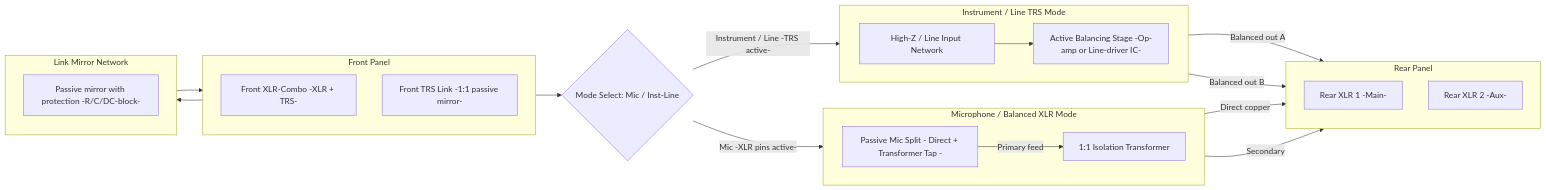
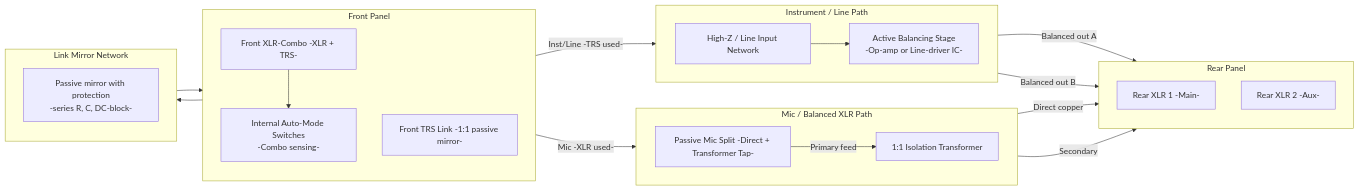
The diagram in Balancer_v2.md (MarcoRavich/RecRack), drawn with Mermaid before and after one commit. The commit also changed other lines of this file, not shown here.

````diff
--- a/Balancer_v2.md
+++ b/Balancer_v2.md
@@ -133,48 +133,48 @@
 ```mermaid
 flowchart LR
 
-    subgraph FRONT_PANEL[Front Panel]
+    subgraph FRONT_PANEL [Front Panel]
         direction TB
         CMB[Front XLR-Combo -XLR + TRS-]
+        AUTO[Internal Auto-Mode Switches<br/>-Combo sensing-]
         LNK[Front TRS Link -1:1 passive mirror-]
     end
 
-    subgraph REAR_PANEL[Rear Panel]
+    subgraph REAR_PANEL [Rear Panel]
         direction TB
         X1[Rear XLR 1 -Main-]
         X2[Rear XLR 2 -Aux-]
     end
 
-MODE{Mode Select: Mic / Inst-Line}
-
-    subgraph MIC_MODE[Microphone / Balanced XLR Mode]
+    subgraph MIC_MODE [Mic / Balanced XLR Path]
         direction LR
-        MIC_SPLIT[Passive Mic Split - Direct + Transformer Tap -]
+        MIC_SPLIT[Passive Mic Split -Direct + Transformer Tap-]
         XFM[1:1 Isolation Transformer]
     end
 
-    subgraph INST_MODE[Instrument / Line TRS Mode]
+    subgraph INST_MODE [Instrument / Line Path]
         direction LR
         HIZ[High-Z / Line Input Network]
-        BAL[Active Balancing Stage -Op-amp or Line-driver IC-]
+        BAL[Active Balancing Stage<br/>-Op-amp or Line-driver IC-]
     end
 
-    subgraph LINK_NET[Link Mirror Network]
+    subgraph LINK_NET [Link Mirror Network]
         direction TB
-        L_PROT[Passive mirror with protection -R/C/DC-block-]
+        L_PROT[Passive mirror with protection<br/>-series R, C, DC-block-]
     end
 
-    CMB --> MODE
+    CMB --> AUTO
     CMB --> LINK_NET
     LINK_NET --> LNK
 
-    MODE -->|Mic -XLR pins active-| MIC_SPLIT
+    AUTO -->|Mic -XLR used-| MIC_SPLIT
+    AUTO -->|Inst/Line -TRS used-| HIZ
+
     MIC_SPLIT -->|Direct copper| X1
     MIC_SPLIT -->|Primary feed| XFM
     XFM -->|Secondary| X2
 
-    MODE -->|Instrument / Line -TRS active-| HIZ
     HIZ --> BAL
     BAL -->|Balanced out A| X1
-    BAL -->|Balanced out B| X2  
+    BAL -->|Balanced out B| X2
 ```
````
